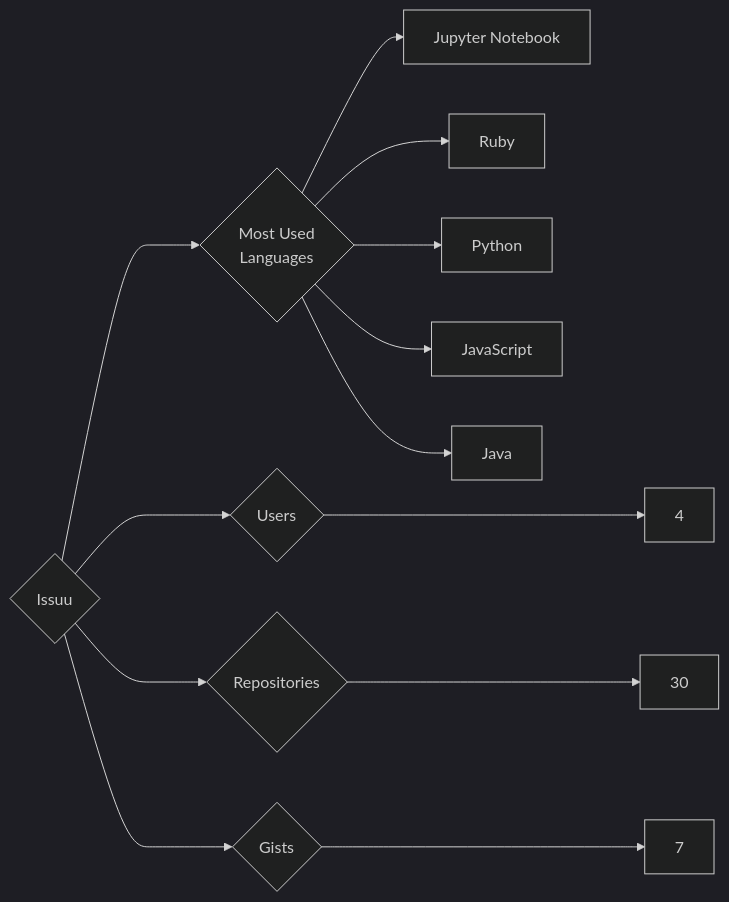
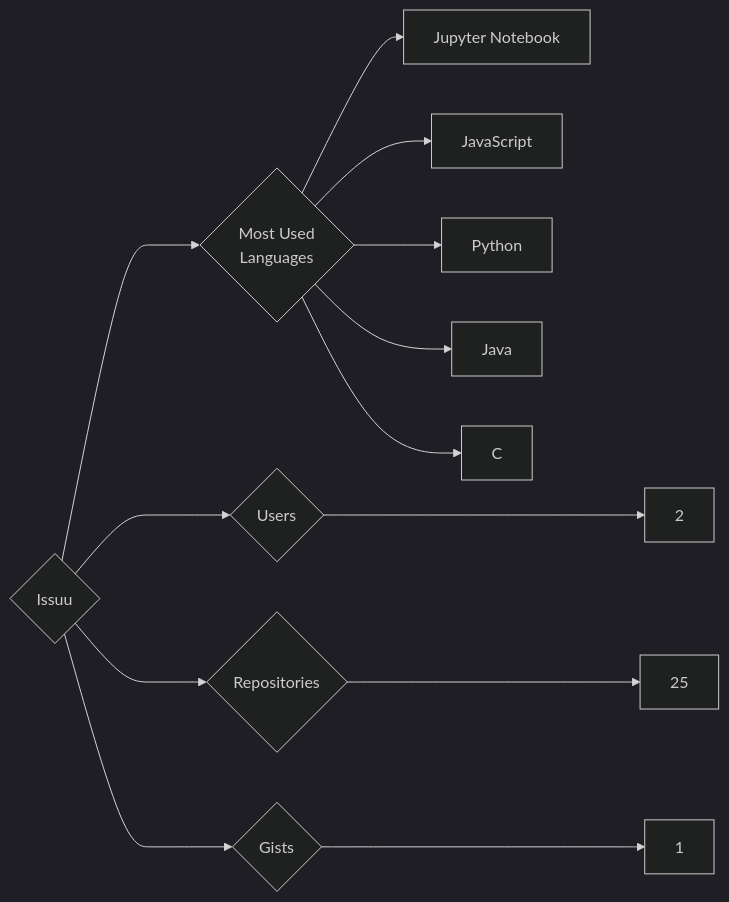
Before and after one commit to trickest/insiders: the diagram in targets/Issuu/README.md, drawn with Mermaid (dark theme). The commit also changed 1148 other files, not shown here.

````diff
--- a/targets/Issuu/README.md
+++ b/targets/Issuu/README.md
@@ -3,13 +3,13 @@
 ```mermaid
 graph LR
 COMPANY_NAME{Issuu}
-COMPANY_NAME ---> U{Users} ---> UN[4]
-COMPANY_NAME ---> R{Repositories} ---> RN[30]
-COMPANY_NAME ---> G{Gists} ---> GN[7]
+COMPANY_NAME ---> U{Users} ---> UN[2]
+COMPANY_NAME ---> R{Repositories} ---> RN[25]
+COMPANY_NAME ---> G{Gists} ---> GN[1]
 COMPANY_NAME ---> ML{Most Used<br>Languages}
 ML --> Jupyter_Notebook[Jupyter Notebook]
-ML --> Ruby[Ruby]
+ML --> JavaScript[JavaScript]
 ML --> Python[Python]
-ML --> JavaScript[JavaScript]
 ML --> Java[Java]
+ML --> C[C]
 ```
````
